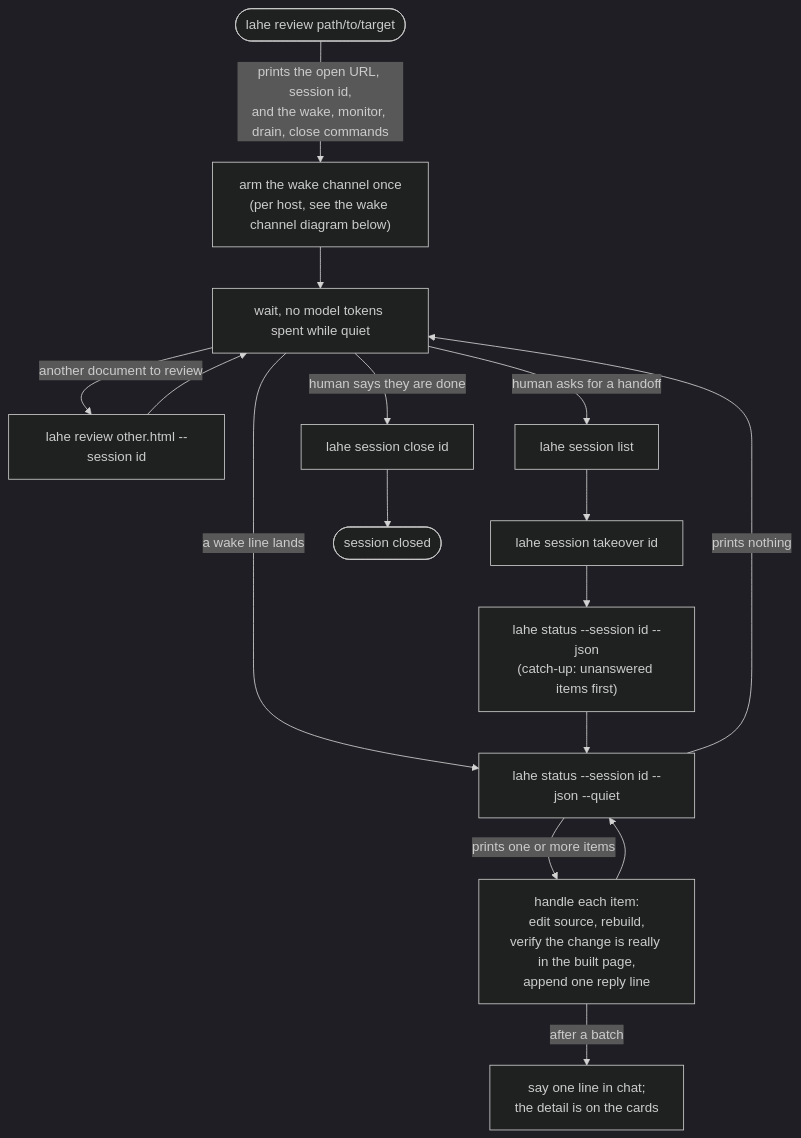
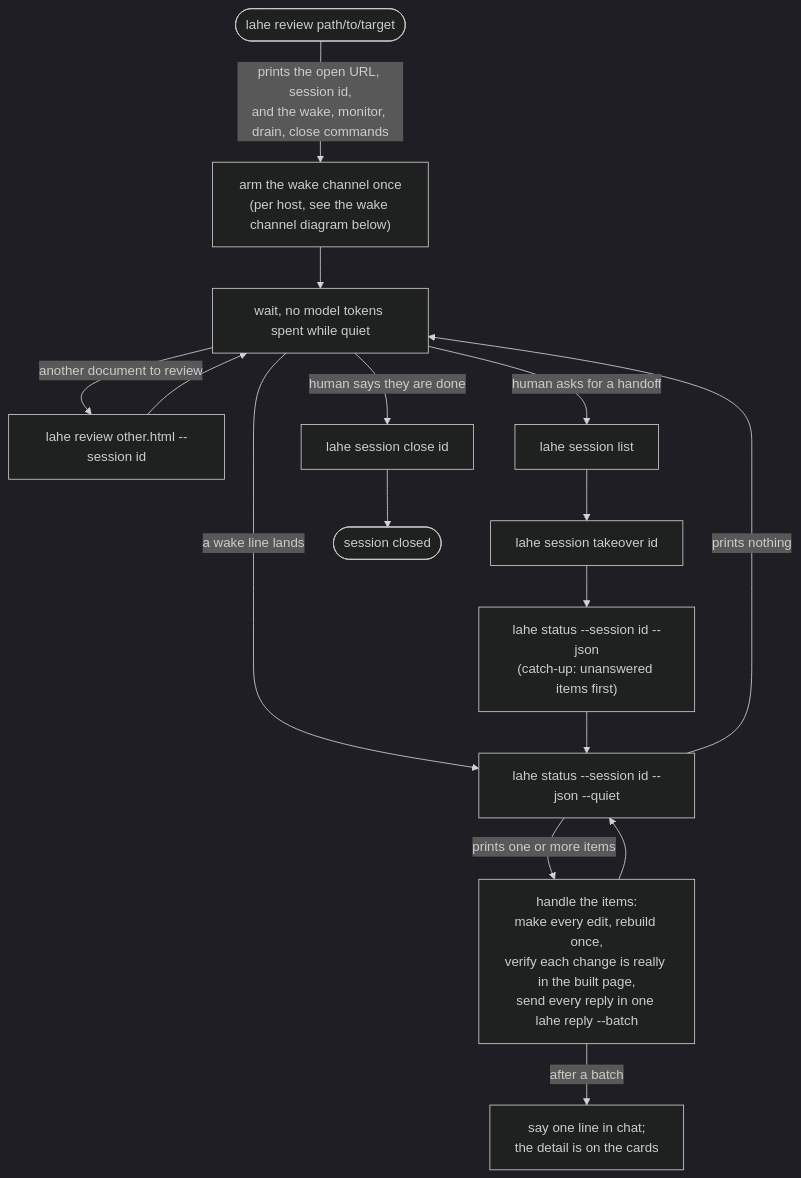
Before and after one commit to kenxle/live-agentic-html-editor: the first of 3 diagrams in docs/diagrams/agent_workflow.md, drawn with Mermaid (dark theme). The commit also changed 5 other files, not shown here.

First line of the commit message:
Cleanup: lean agent output and batch reply wrap-up docs

````diff
--- a/docs/diagrams/agent_workflow.md
+++ b/docs/diagrams/agent_workflow.md
@@ -8,22 +8,22 @@
 ```mermaid
 flowchart TD
     Start(["lahe review path/to/target"]) -->|"prints the open URL, session id,<br/>and the wake, monitor, drain, close commands"| Arm["arm the wake channel once<br/>(per host, see the wake channel diagram below)"]
     Arm --> Wait["wait, no model tokens spent while quiet"]
 
     Wait -->|"a wake line lands"| Drain["lahe status --session id --json --quiet"]
-    Drain -->|"prints one or more items"| Handle["handle each item:<br/>edit source, rebuild,<br/>verify the change is really in the built page,<br/>append one reply line"]
+    Drain -->|"prints one or more items"| Handle["handle the items:<br/>make every edit, rebuild once,<br/>verify each change is really in the built page,<br/>send every reply in one lahe reply --batch"]
     Handle -->|"after a batch"| Chat["say one line in chat;<br/>the detail is on the cards"]
     Handle --> Drain
     Drain -->|"prints nothing"| Wait
 
     Wait -->|"another document to review"| Another["lahe review other.html --session id"]
     Another --> Wait
 
     Wait -->|"human asks for a handoff"| List["lahe session list"]
     List --> Takeover["lahe session takeover id"]
     Takeover --> Catchup["lahe status --session id --json<br/>(catch-up: unanswered items first)"]
     Catchup --> Drain
 
     Wait -->|"human says they are done"| Close["lahe session close id"]
     Close --> End(["session closed"])
 ```
````
